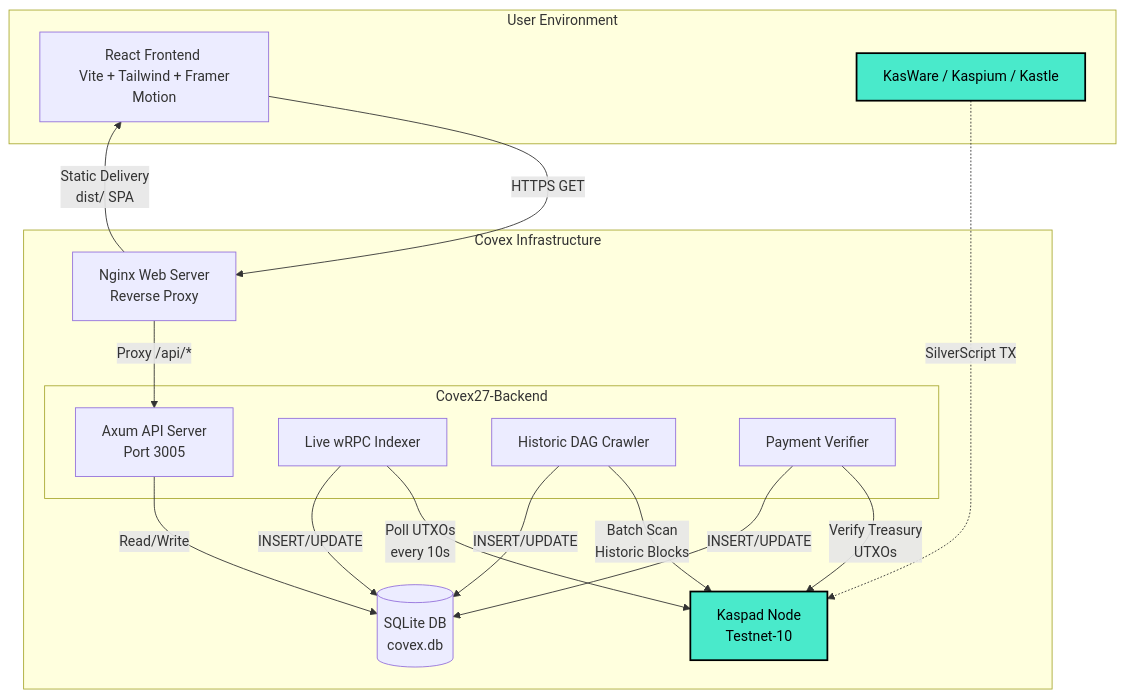
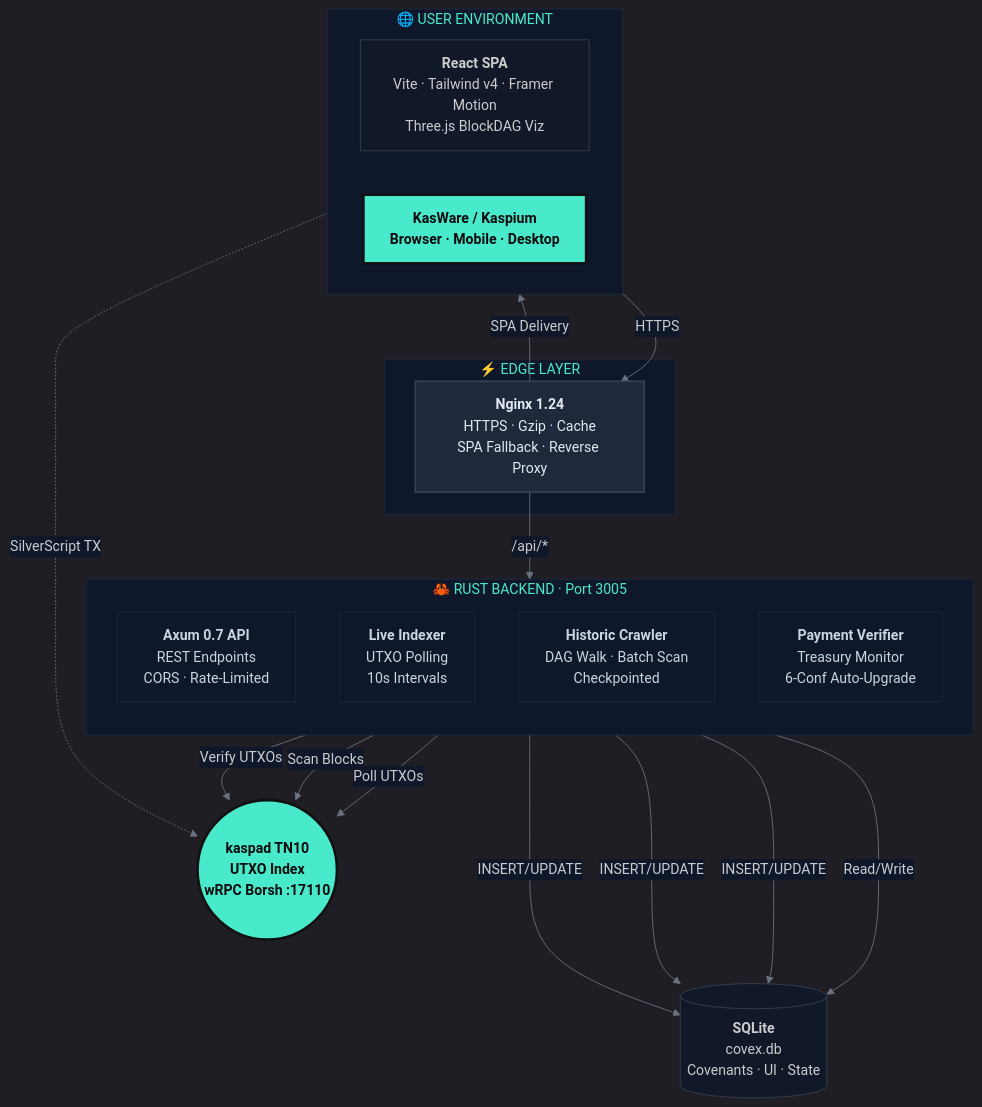
The first of 2 diagrams in README.md (THTProtocol/Covex27), drawn with Mermaid before and after one commit. The commit also changed other lines of this file, not shown here.

Commit message:
docs: premium README -- refined ASCII, dark-themed Mermaid, two-panel features, sequence diagram

````diff
--- a/README.md
+++ b/README.md
@@ -84,29 +115,41 @@
 ```mermaid
-graph TD
-    subgraph Client [User Environment]
-        Browser[React Frontend <br/> Vite + Tailwind + Framer Motion]
-        Wallet[KasWare / Kaspium / Kastle]
+%%{init: {'theme':'dark','themeVariables':{'primaryColor':'#49EACB','primaryTextColor':'#0A0A0D','primaryBorderColor':'#49EACB','lineColor':'#6B7280','secondaryColor':'#111827','tertiaryColor':'#1F2937','background':'#0A0A0D','mainBkg':'#111827','nodeBorder':'#374151','clusterBkg':'#0F172A','clusterBorder':'#1E293B','titleColor':'#49EACB','edgeLabelBackground':'#0F172A'}}}%%
+graph TB
+    subgraph USER["🌐  USER  ENVIRONMENT"]
+        direction LR
+        BROWSER["<b>React SPA</b><br/>Vite · Tailwind v4 · Framer Motion<br/>Three.js BlockDAG Viz"]
+        WALLET["<b>KasWare / Kaspium</b><br/>Browser · Mobile · Desktop"]
     end
-    subgraph Hetzner Server [Covex Infrastructure]
-        Nginx[Nginx Web Server <br/> Reverse Proxy]
-        subgraph Rust Backend [Covex27-Backend]
-            Axum[Axum API Server <br/> Port 3005]
-            LiveIdx[Live wRPC Indexer]
-            Crawler[Historic DAG Crawler]
-            PayVerify[Payment Verifier]
-        end
-        DB[(SQLite DB <br/> covex.db)]
-        Kaspad[Kaspad Node <br/> Testnet-10]
+
+    subgraph EDGE["⚡  EDGE  LAYER"]
+        NGINX["<b>Nginx 1.24</b><br/>HTTPS · Gzip · Cache<br/>SPA Fallback · Reverse Proxy"]
     end
-    Browser -- HTTPS GET --> Nginx
-    Wallet -. SilverScript TX .-> Kaspad
-    Nginx -- Static Delivery<br/>dist/ SPA --> Browser
-    Nginx -- Proxy /api/* --> Axum
-    Axum -- Read/Write --> DB
-    LiveIdx -- Poll UTXOs<br/>every 10s --> Kaspad
-    Crawler -- Batch Scan<br/>Historic Blocks --> Kaspad
-    PayVerify -- Verify Treasury<br/>UTXOs --> Kaspad
-    LiveIdx & Crawler & PayVerify -- INSERT/UPDATE --> DB
-    classDef kaspa fill:#49EACB,stroke:#000,stroke-width:2px,color:#000;
-    class Kaspad,Wallet kaspa;
+
+    subgraph CORE["🦀  RUST  BACKEND  ·  Port 3005"]
+        direction TB
+        AXUM["<b>Axum 0.7 API</b><br/>REST Endpoints<br/>CORS · Rate-Limited"]
+        IDX["<b>Live Indexer</b><br/>UTXO Polling<br/>10s Intervals"]
+        CRAWL["<b>Historic Crawler</b><br/>DAG Walk · Batch Scan<br/>Checkpointed"]
+        PAY["<b>Payment Verifier</b><br/>Treasury Monitor<br/>6-Conf Auto-Upgrade"]
+    end
+
+    STORE[("<b>SQLite</b><br/>covex.db<br/>Covenants · UI · State")]
+    NODE(("<b>kaspad TN10</b><br/>UTXO Index<br/>wRPC Borsh :17110"))
+
+    BROWSER -->|"HTTPS"| NGINX
+    WALLET -.->|"SilverScript TX"| NODE
+    NGINX -->|"SPA Delivery"| BROWSER
+    NGINX -->|"/api/*"| AXUM
+    AXUM -->|"Read/Write"| STORE
+    IDX -->|"Poll UTXOs"| NODE
+    CRAWL -->|"Scan Blocks"| NODE
+    PAY -->|"Verify UTXOs"| NODE
+    IDX & CRAWL & PAY --->|"INSERT/UPDATE"| STORE
+
+    classDef kaspa fill:#49EACB,stroke:#111,stroke-width:3px,color:#0A0A0D,font-weight:bold
+    classDef edge fill:#1E293B,stroke:#334155,stroke-width:2px,color:#E2E8F0
+    classDef core fill:#0F172A,stroke:#1E293B,stroke-width:1px,color:#CBD5E1
+    class NODE,WALLET kaspa
+    class NGINX edge
+    class AXUM,IDX,CRAWL,PAY core
 ```
````
